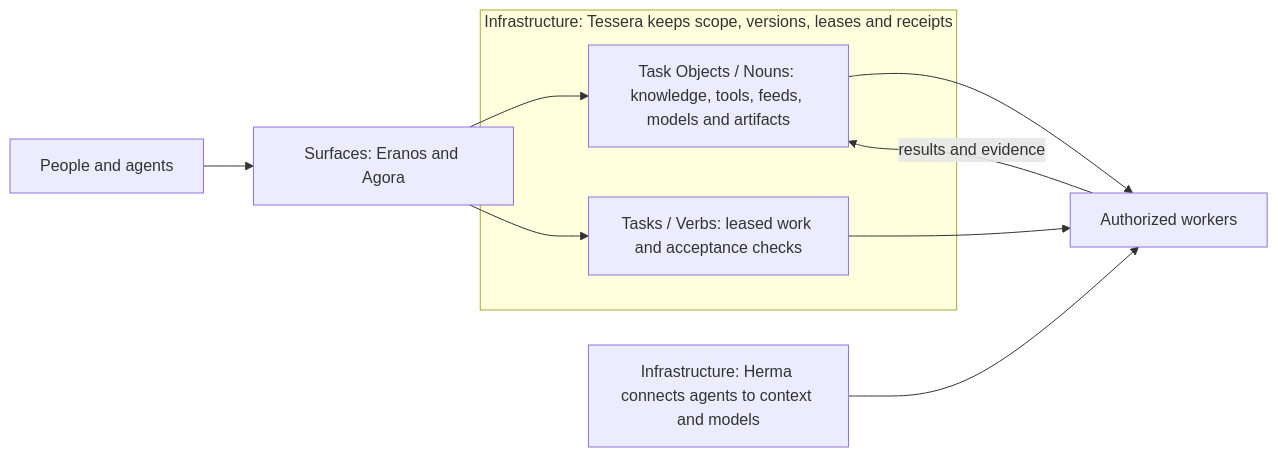
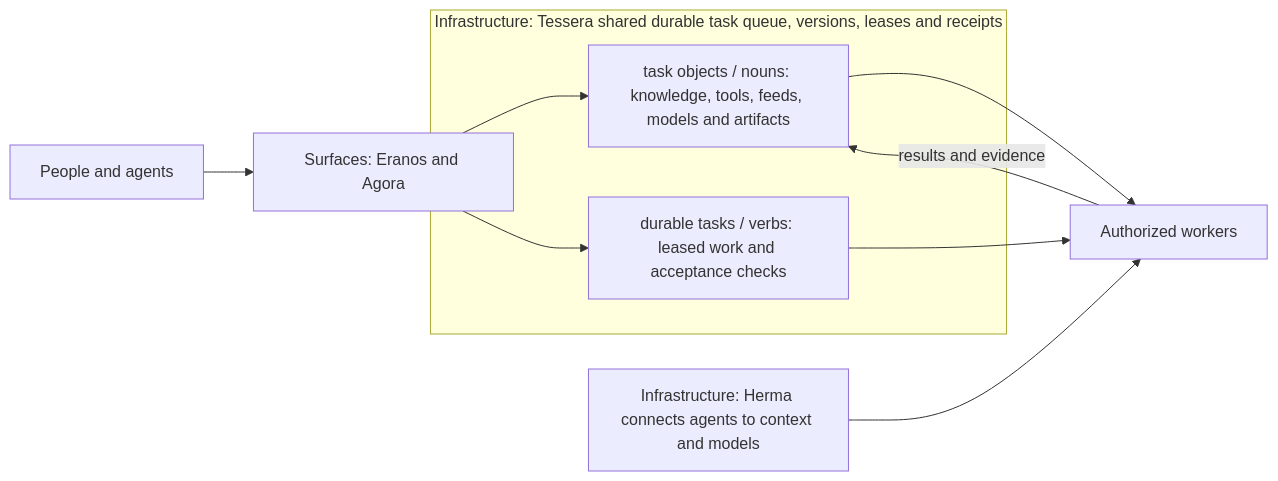
One commit to ta-amps/agora-public-overview-architecture-setup-and-contribution changed the diagram in README.md. Above: the diagram before and after it, drawn with Mermaid. The commit also changed other lines of this file and 110 other files, not shown here.

````diff
--- a/README.md
+++ b/README.md
@@ -142,14 +145,14 @@
 ```mermaid
 flowchart LR
     A[People and agents] --> P[Surfaces: Eranos and Agora]
-    subgraph T[Infrastructure: Tessera keeps scope, versions, leases and receipts]
-      N[Task Objects / Nouns: knowledge, tools, feeds, models and artifacts]
-      V[Tasks / Verbs: leased work and acceptance checks]
+    subgraph T[Infrastructure: Tessera shared durable task queue, versions, leases and receipts]
+      N[task objects / nouns: knowledge, tools, feeds, models and artifacts]
+      V[durable tasks / verbs: leased work and acceptance checks]
     end
     P --> N
     P --> V
     N --> W[Authorized workers]
     V --> W
     H[Infrastructure: Herma connects agents to context and models] --> W
     W -->|results and evidence| N
 ```
````
